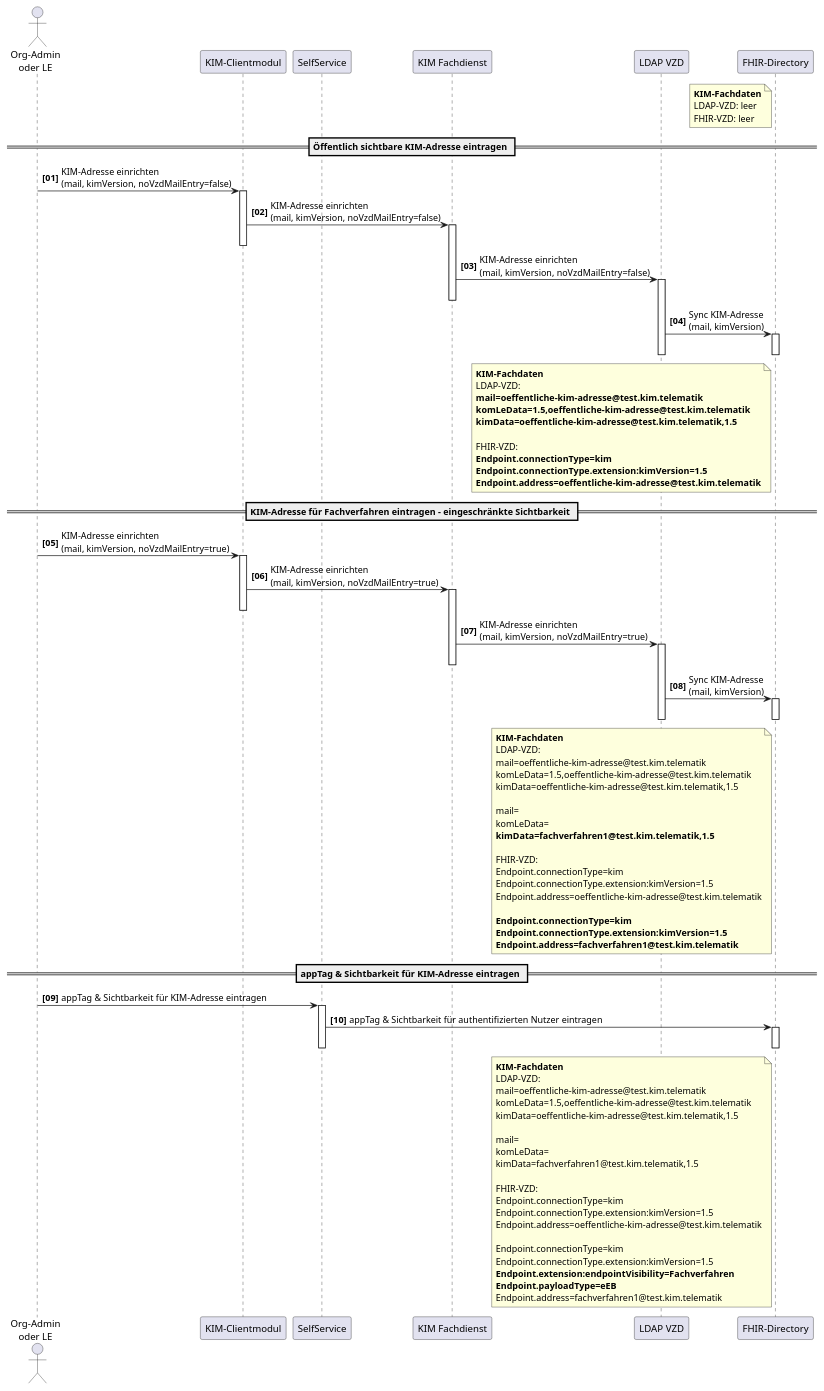
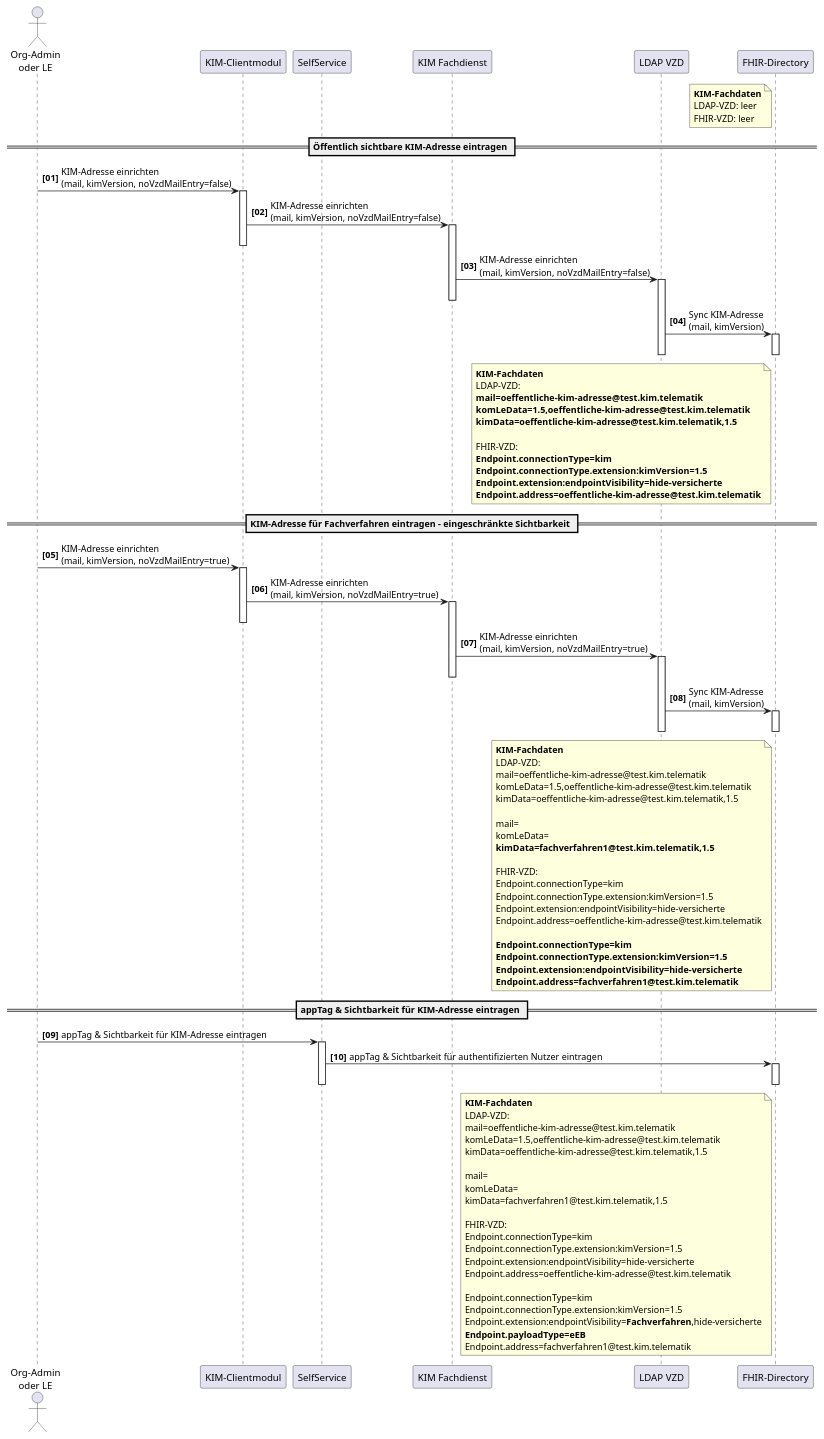
One commit to gematik/api-vzd changed the diagram in src/plantuml/SequenceDiagram.FHIR_AF_10471_appTags.puml. Above: the diagram before and after it, drawn with PlantUML.

```diff
--- a/src/plantuml/SequenceDiagram.FHIR_AF_10471_appTags.puml
+++ b/src/plantuml/SequenceDiagram.FHIR_AF_10471_appTags.puml
@@ -1,119 +1,123 @@
 @startuml
 skinparam dpi 100
 skinparam WrapWidth 200
 autonumber "<b>[00]"
 
 'title "FHIR-Directory, Sequenzdiagram SSP Authenticate mit Passwort"
 actor o as "Org-Admin\noder LE"
 participant cl as "KIM-Clientmodul"
 participant ssp as "SelfService"
 participant kimfd as "KIM Fachdienst"
 participant ldap as "LDAP VZD"
 participant fd as "FHIR-Directory"
 
 note left of fd 
 **KIM-Fachdaten**
 LDAP-VZD: leer
 FHIR-VZD: leer
 end note
 
 == Öffentlich sichtbare KIM-Adresse eintragen ==
 
 o -> cl: KIM-Adresse einrichten\n(mail, kimVersion, noVzdMailEntry=false)
 activate cl
 cl -> kimfd: KIM-Adresse einrichten\n(mail, kimVersion, noVzdMailEntry=false)
 activate kimfd
 deactivate cl
 
 kimfd -> ldap: KIM-Adresse einrichten\n(mail, kimVersion, noVzdMailEntry=false)
 activate ldap
 deactivate kimfd
 
 ldap -> fd: Sync KIM-Adresse\n(mail, kimVersion)
 activate fd
 deactivate fd
 deactivate ldap
 
 note left of fd 
 **KIM-Fachdaten**
 LDAP-VZD:
 <b>mail=oeffentliche-kim-adresse@test.kim.telematik
 <b>komLeData=1.5,oeffentliche-kim-adresse@test.kim.telematik
 <b>kimData=oeffentliche-kim-adresse@test.kim.telematik,1.5
 
 FHIR-VZD:
 <b>Endpoint.connectionType=kim
 <b>Endpoint.connectionType.extension:kimVersion=1.5
+<b>Endpoint.extension:endpointVisibility=hide-versicherte
 <b>Endpoint.address=oeffentliche-kim-adresse@test.kim.telematik
 end note
 
 == KIM-Adresse für Fachverfahren eintragen - eingeschränkte Sichtbarkeit ==
 
 o -> cl: KIM-Adresse einrichten\n(mail, kimVersion, noVzdMailEntry=true)
 activate cl
 
 cl -> kimfd: KIM-Adresse einrichten\n(mail, kimVersion, noVzdMailEntry=true)
 activate kimfd
 deactivate cl
 kimfd -> ldap: KIM-Adresse einrichten\n(mail, kimVersion, noVzdMailEntry=true)
 activate ldap
 deactivate kimfd
 
 ldap -> fd: Sync KIM-Adresse\n(mail, kimVersion)
 activate fd
 deactivate ldap
 deactivate fd
 
 note left of fd 
 **KIM-Fachdaten**
 LDAP-VZD:
 mail=oeffentliche-kim-adresse@test.kim.telematik
 komLeData=1.5,oeffentliche-kim-adresse@test.kim.telematik
 kimData=oeffentliche-kim-adresse@test.kim.telematik,1.5
 
 mail=
 komLeData=
 <b>kimData=fachverfahren1@test.kim.telematik,1.5
 
 FHIR-VZD:
 Endpoint.connectionType=kim
 Endpoint.connectionType.extension:kimVersion=1.5
+Endpoint.extension:endpointVisibility=hide-versicherte
 Endpoint.address=oeffentliche-kim-adresse@test.kim.telematik
 
 <b>Endpoint.connectionType=kim
 <b>Endpoint.connectionType.extension:kimVersion=1.5
+<b>Endpoint.extension:endpointVisibility=hide-versicherte
 <b>Endpoint.address=fachverfahren1@test.kim.telematik
 end note
 
 == appTag & Sichtbarkeit für KIM-Adresse eintragen ==
 
 o -> ssp: appTag & Sichtbarkeit für KIM-Adresse eintragen
 activate ssp
 ssp -> fd: appTag & Sichtbarkeit für authentifizierten Nutzer eintragen
 activate fd
 deactivate ssp
 deactivate fd
 
 note left of fd 
 **KIM-Fachdaten**
 LDAP-VZD:
 mail=oeffentliche-kim-adresse@test.kim.telematik
 komLeData=1.5,oeffentliche-kim-adresse@test.kim.telematik
 kimData=oeffentliche-kim-adresse@test.kim.telematik,1.5
 
 mail=
 komLeData=
 kimData=fachverfahren1@test.kim.telematik,1.5
 
 FHIR-VZD:
 Endpoint.connectionType=kim
 Endpoint.connectionType.extension:kimVersion=1.5
+Endpoint.extension:endpointVisibility=hide-versicherte
 Endpoint.address=oeffentliche-kim-adresse@test.kim.telematik
 
 Endpoint.connectionType=kim
 Endpoint.connectionType.extension:kimVersion=1.5
-<b>Endpoint.extension:endpointVisibility=Fachverfahren
+Endpoint.extension:endpointVisibility=<b>Fachverfahren</b>,hide-versicherte
 <b>Endpoint.payloadType=eEB</b>
 Endpoint.address=fachverfahren1@test.kim.telematik
 end note
 @enduml
```
